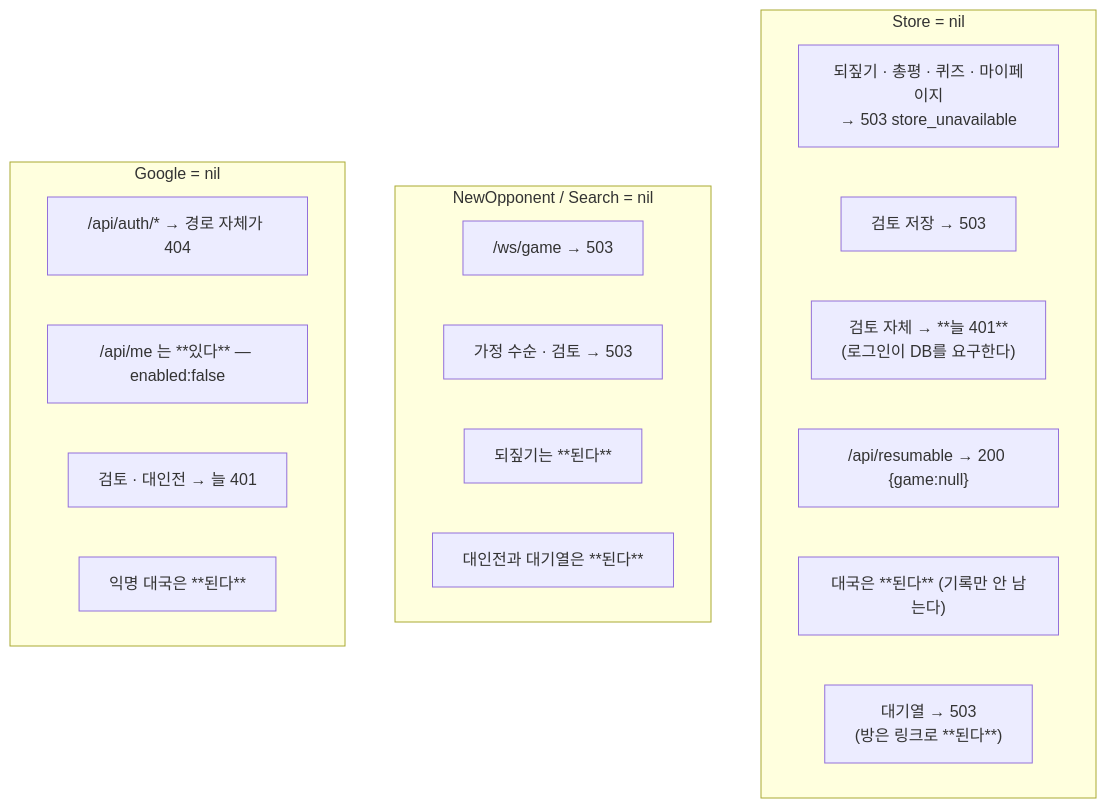
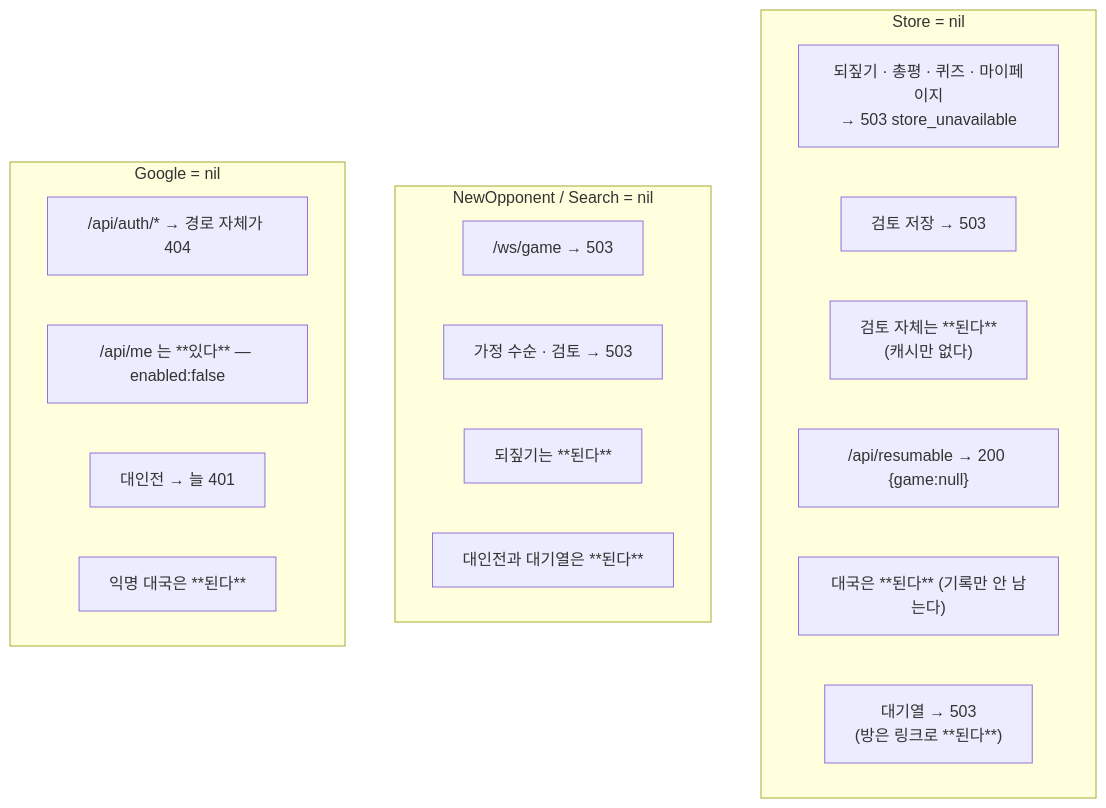
The eighth of 8 diagrams in docs/spec/architecture.md (jovid18/show-gi), drawn with Mermaid before and after one commit. The commit also changed other lines of this file and 28 other files, not shown here.

````diff
--- a/docs/spec/architecture.md
+++ b/docs/spec/architecture.md
@@ -344,26 +344,26 @@
 ```mermaid
 flowchart TB
     subgraph nostore["Store = nil"]
         direction LR
         N1["되짚기 · 총평 · 퀴즈 · 마이페이지<br/>→ 503 store_unavailable"]
         N2["검토 저장 → 503"]
-        N5["검토 자체 → **늘 401**<br/>(로그인이 DB를 요구한다)"]
+        N5["검토 자체는 **된다**<br/>(캐시만 없다)"]
         N3["/api/resumable → 200 {game:null}"]
         N4["대국은 **된다** (기록만 안 남는다)"]
         N6["대기열 → 503<br/>(방은 링크로 **된다**)"]
     end
     subgraph noengine["NewOpponent / Search = nil"]
         direction LR
         M1["/ws/game → 503"]
         M2["가정 수순 · 검토 → 503"]
         M3["되짚기는 **된다**"]
         M4["대인전과 대기열은 **된다**"]
     end
     subgraph noauth["Google = nil"]
         direction LR
         A1["/api/auth/* → 경로 자체가 404"]
         A2["/api/me 는 **있다** — enabled:false"]
-        A3["검토 · 대인전 → 늘 401"]
+        A3["대인전 → 늘 401"]
         A4["익명 대국은 **된다**"]
     end
 ```
````
